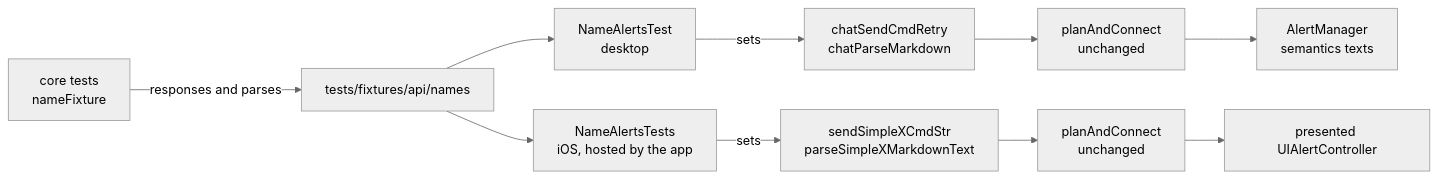
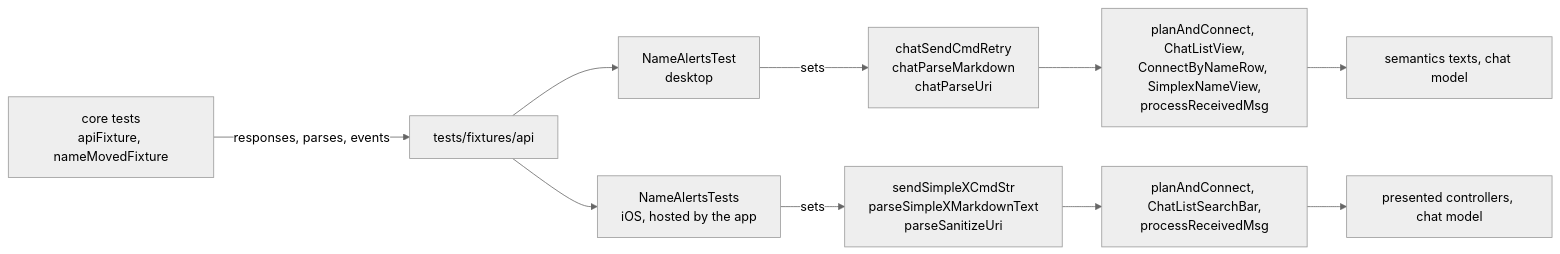
One commit to simplex-chat/simplex-chat changed the diagram in plans/2026-11-16-name-alert-fixtures.md. Above: the diagram before and after it, drawn with Mermaid (neutral theme). The commit also changed other lines of this file and 3 other files, not shown here.

Commit message:
docs: plan, specs and CI guide of the app tests

````diff
--- a/plans/2026-11-16-name-alert-fixtures.md
+++ b/plans/2026-11-16-name-alert-fixtures.md
@@ -17,12 +17,12 @@
 ```mermaid
 flowchart LR
-  CT["core tests<br>nameFixture"] -->|"responses and parses"| F["tests/fixtures/api/names"]
+  CT["core tests<br>apiFixture, nameMovedFixture"] -->|"responses, parses, events"| F["tests/fixtures/api"]
   F --> KT["NameAlertsTest<br>desktop"]
   F --> IT["NameAlertsTests<br>iOS, hosted by the app"]
-  KT -->|"sets"| KH["chatSendCmdRetry<br>chatParseMarkdown"]
-  IT -->|"sets"| IH["sendSimpleXCmdStr<br>parseSimpleXMarkdownText"]
-  KH --> KF["planAndConnect<br>unchanged"]
-  IH --> IF["planAndConnect<br>unchanged"]
-  KF --> KA["AlertManager<br>semantics texts"]
-  IF --> IA["presented UIAlertController"]
+  KT -->|"sets"| KH["chatSendCmdRetry<br>chatParseMarkdown<br>chatParseUri"]
+  IT -->|"sets"| IH["sendSimpleXCmdStr<br>parseSimpleXMarkdownText<br>parseSanitizeUri"]
+  KH --> KF["planAndConnect, ChatListView,<br>ConnectByNameRow, SimplexNameView,<br>processReceivedMsg"]
+  IH --> IF["planAndConnect, ChatListSearchBar,<br>processReceivedMsg"]
+  KF --> KA["semantics texts, chat model"]
+  IF --> IA["presented controllers, chat model"]
 ```
````
